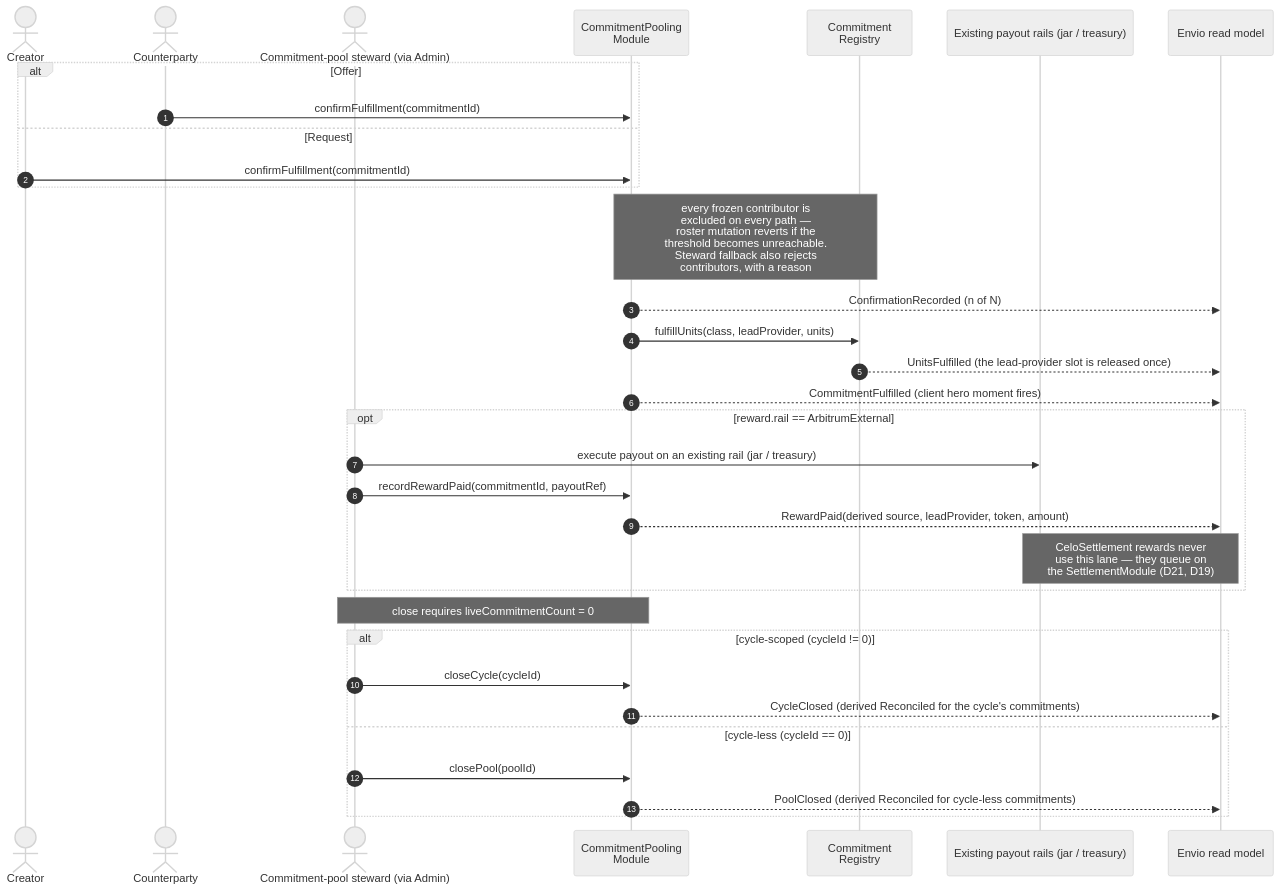
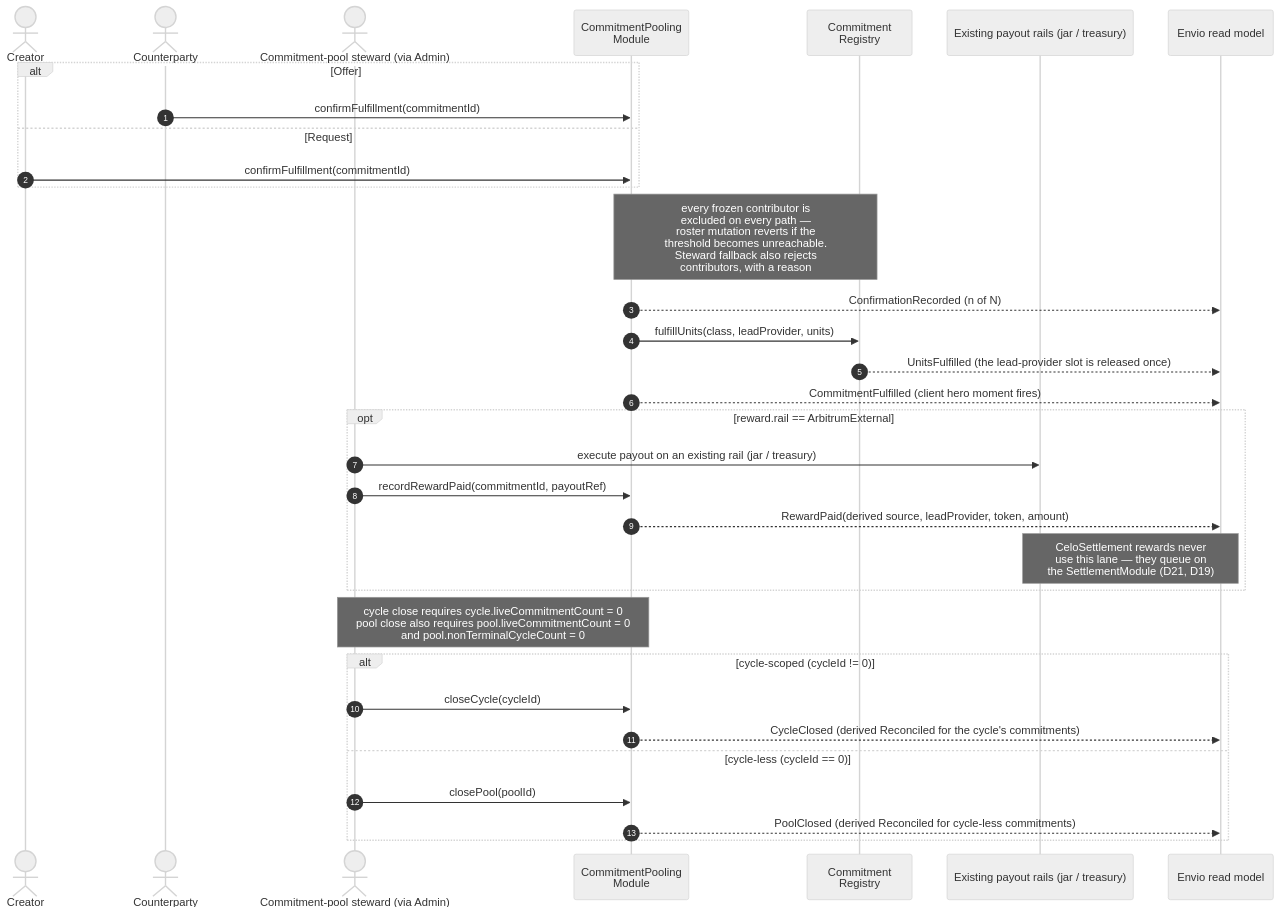
Before and after one commit to greenpill-dev-guild/green-goods: the eighth of 40 diagrams in .plans/active/commitment-pooling/diagrams.md, drawn with Mermaid (neutral theme). The commit also changed other lines of this file and 23 other files, not shown here.

First line of the commit message:
fix(agent): close pooling architecture gaps

````diff
--- a/.plans/active/commitment-pooling/diagrams.md
+++ b/.plans/active/commitment-pooling/diagrams.md
@@ -557,36 +557,36 @@
 ```mermaid
 sequenceDiagram
   autonumber
   actor A as Creator
   actor B as Counterparty
   actor OP as Commitment-pool steward (via Admin)
   participant M as CommitmentPooling<br/>Module
   participant R as Commitment<br/>Registry
   participant RAILS as Existing payout rails (jar / treasury)
   participant IDX as Envio read model
 
   alt Offer
     B->>M: confirmFulfillment(commitmentId)
   else Request
     A->>M: confirmFulfillment(commitmentId)
   end
   Note over M,R: every frozen contributor is<br/>excluded on every path —<br/>roster mutation reverts if the<br/>threshold becomes unreachable.<br/>Steward fallback also rejects<br/>contributors, with a reason
   M-->>IDX: ConfirmationRecorded (n of N)
   M->>R: fulfillUnits(class, leadProvider, units)
   R-->>IDX: UnitsFulfilled (the lead-provider slot is released once)
   M-->>IDX: CommitmentFulfilled (client hero moment fires)
   opt reward.rail == ArbitrumExternal
     OP->>RAILS: execute payout on an existing rail (jar / treasury)
     OP->>M: recordRewardPaid(commitmentId, payoutRef)
     M-->>IDX: RewardPaid(derived source, leadProvider, token, amount)
     Note over RAILS,IDX: CeloSettlement rewards never<br/>use this lane — they queue on<br/>the SettlementModule (D21, D19)
   end
-  Note over OP,M: close requires liveCommitmentCount = 0
+  Note over OP,M: cycle close requires cycle.liveCommitmentCount = 0<br/>pool close also requires pool.liveCommitmentCount = 0<br/>and pool.nonTerminalCycleCount = 0
   alt cycle-scoped (cycleId != 0)
     OP->>M: closeCycle(cycleId)
     M-->>IDX: CycleClosed (derived Reconciled for the cycle's commitments)
   else cycle-less (cycleId == 0)
     OP->>M: closePool(poolId)
     M-->>IDX: PoolClosed (derived Reconciled for cycle-less commitments)
   end
 ```
````
